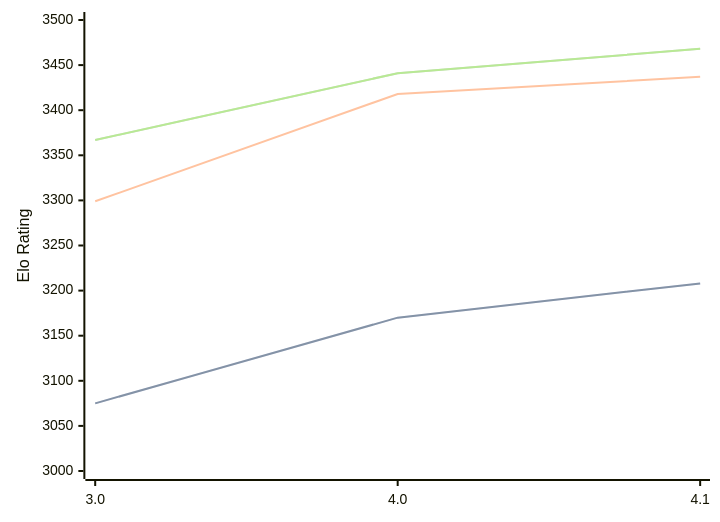
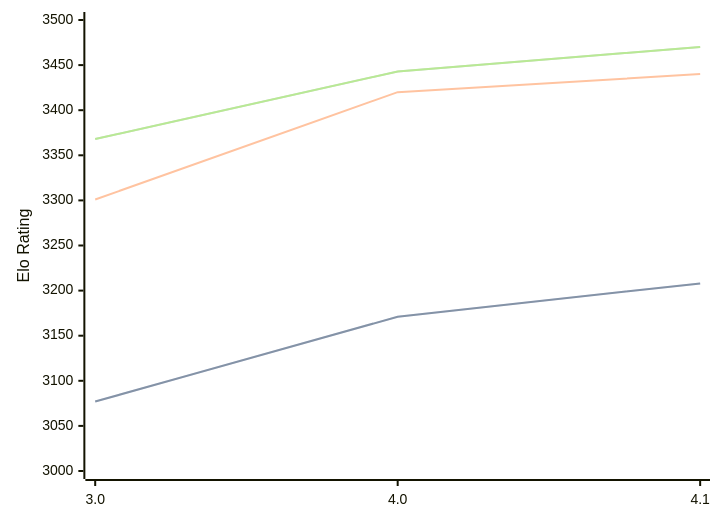
Before and after one commit to computer-chess-index/cci: the diagram in engines/Eleanor.md, drawn with Mermaid. The commit also changed other lines of this file, not shown here.

Commit message:
Update CCI Ratings (ELO VLTC) - 2026-05-06

````diff
--- a/engines/Eleanor.md
+++ b/engines/Eleanor.md
@@ -35,11 +35,11 @@
 ```mermaid
 %%{init: {"theme":"base","themeVariables":{"seriesColors:['#a3a3a3','#222221','#faa371']}}}%%
 xychart-beta
   x-axis ["3.0", "4.0", "4.1"]
   y-axis "Elo Rating" 3000 --> 3500
-  line "STC (8.0+0.08s)" [3075, 3170, 3208]
-  line "STC (8.0+0.08s)" [3075, 3170, 3208]
-  line "LTC (60.0+0.60s)" [3299, 3418, 3437]
-  line "VLTC (2m24s+1.12s)" [3367, 3441, 3468]
-  line "VLTC (2m24s+1.12s)" [3367, 3441, 3468]
+  line "STC (8.0+0.08s)" [3077, 3171, 3208]
+  line "STC (8.0+0.08s)" [3077, 3171, 3208]
+  line "LTC (60.0+0.60s)" [3301, 3420, 3440]
+  line "VLTC (2m24s+1.12s)" [3368, 3443, 3470]
+  line "VLTC (2m24s+1.12s)" [3368, 3443, 3470]
 ```
````
